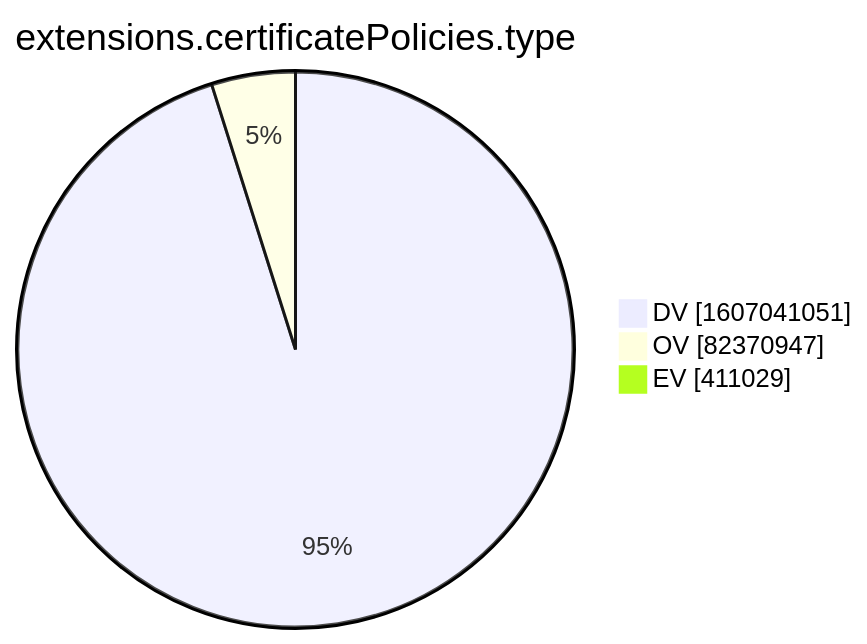
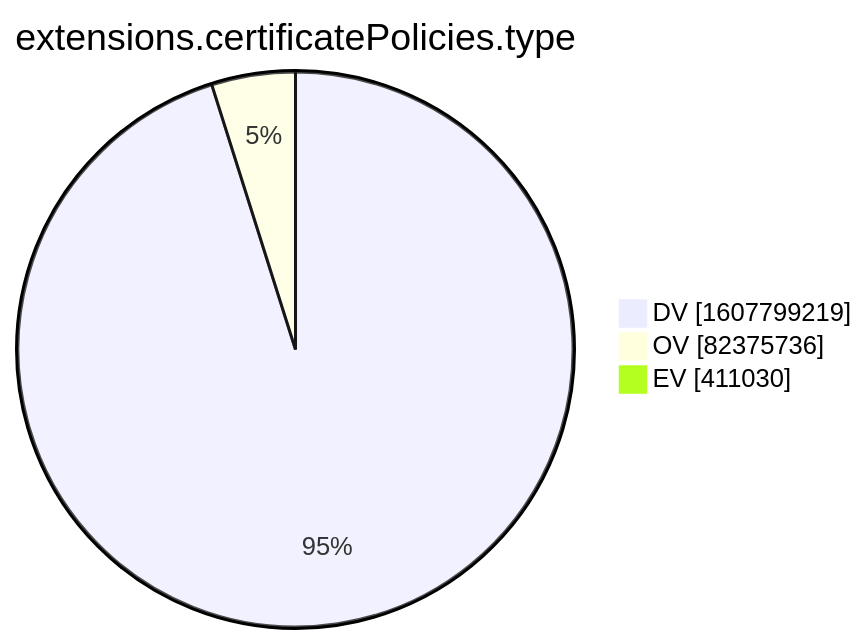
One commit to christiankrug/ctmonitor_visualization changed the tenth of 15 diagrams in xenon2022/README.md. Above: the diagram before and after it, drawn with Mermaid. The commit also changed other lines of this file, not shown here.

````diff
--- a/xenon2022/README.md
+++ b/xenon2022/README.md
@@ -2878,7 +2878,7 @@
 ```mermaid
 pie showData
 title extensions.certificatePolicies.type
-"DV" :1607041051
-"OV" :82370947
-"EV" :411029
+"DV" :1607799219
+"OV" :82375736
+"EV" :411030
 ```
````
